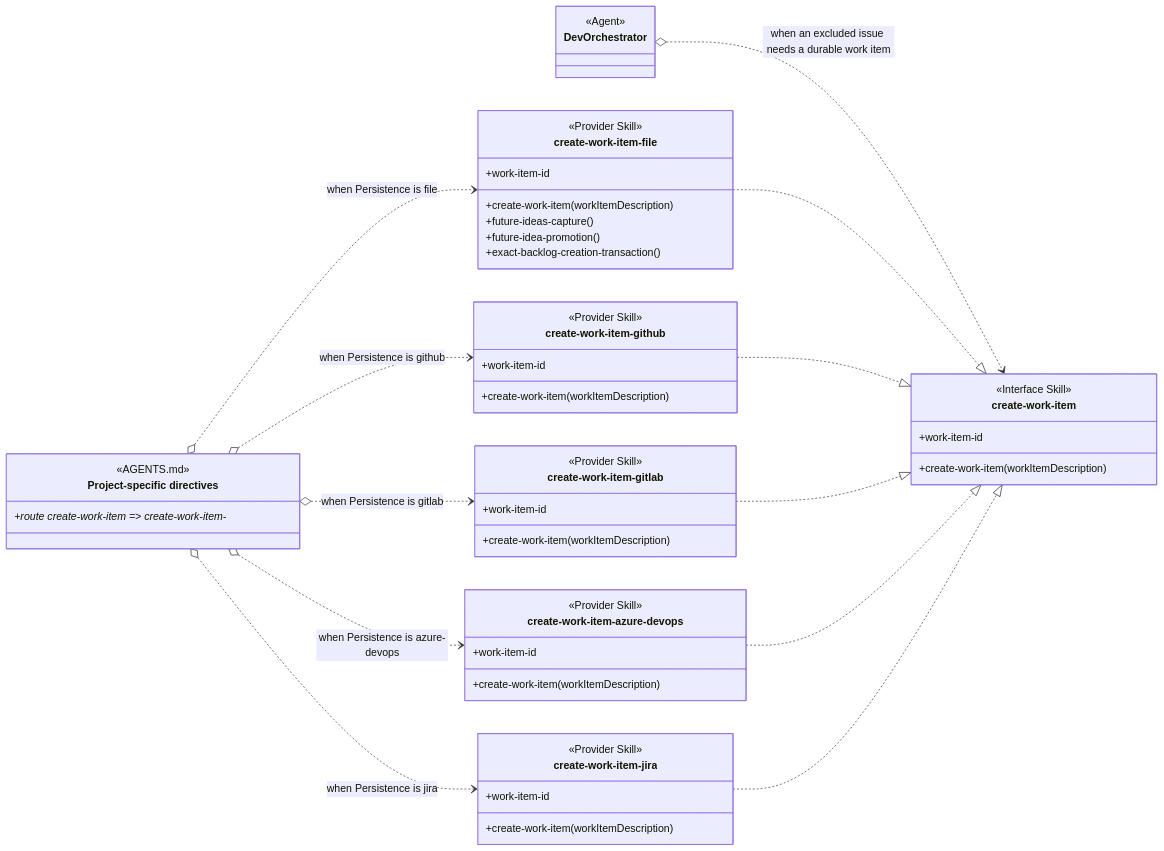
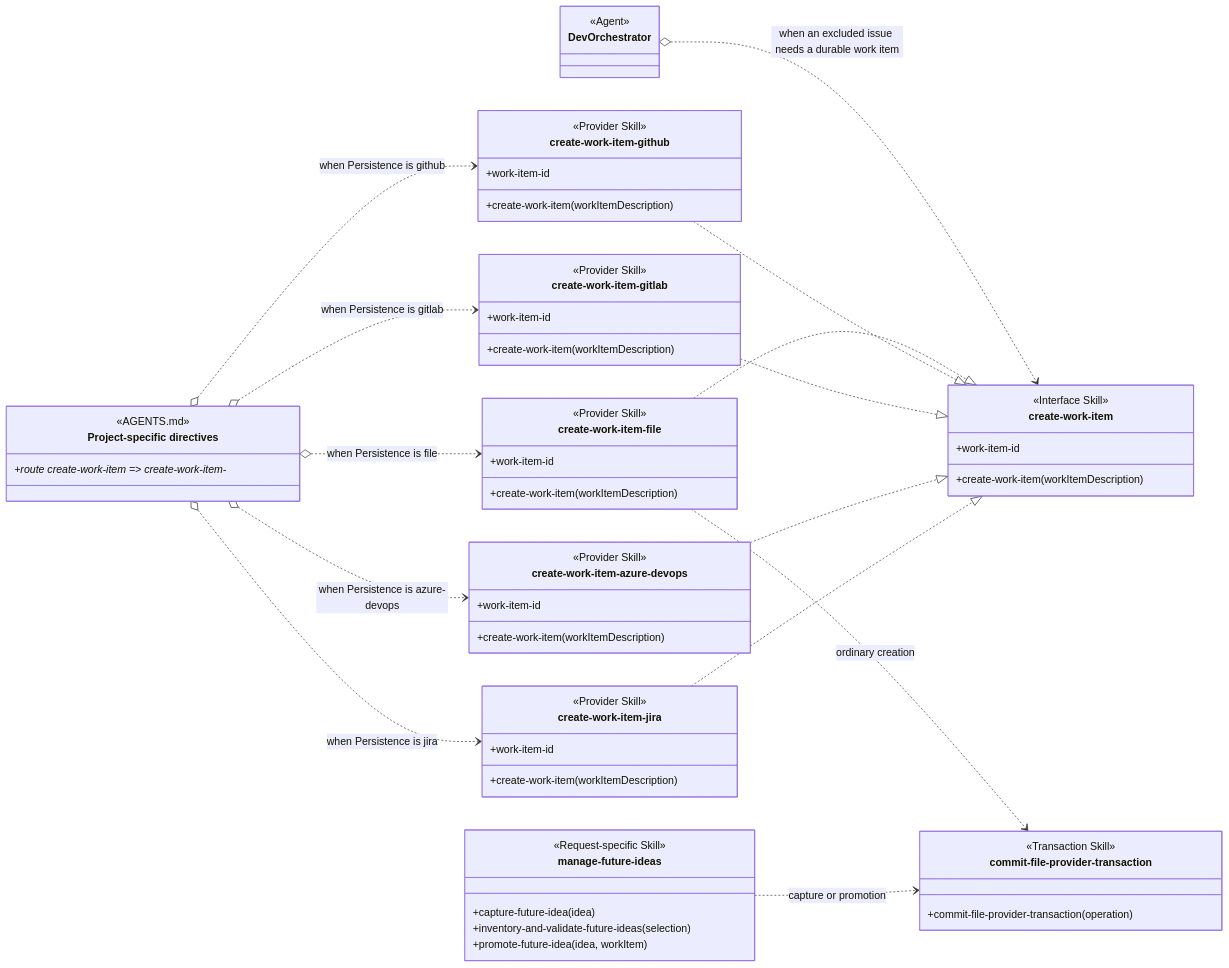
One commit to martinbechard/dev-methodology changed the second of 5 diagrams in design/skill-groups/backlog-management.md. Above: the diagram before and after it, drawn with Mermaid. The commit also changed other lines of this file and 34 other files, not shown here.

First line of the commit message:
Integrate Future Idea management

````diff
--- a/design/skill-groups/backlog-management.md
+++ b/design/skill-groups/backlog-management.md
@@ -61,58 +64,67 @@
 ```mermaid
 classDiagram
     direction LR
 
     class DevOrchestrator {
         <<Agent>>
     }
     class CreateWorkItem["create-work-item"] {
         <<Interface Skill>>
         +work-item-id
         +create-work-item(workItemDescription)
     }
     class ProjectSpecificDirectives["Project-specific directives"] {
         <<AGENTS.md>>
         <<routing>>
         +route create-work-item => create-work-item-*
     }
     class create-work-item-file {
         <<Provider Skill>>
         +work-item-id
         +create-work-item(workItemDescription)
-        +future-ideas-capture()
-        +future-idea-promotion()
-        +exact-backlog-creation-transaction()
+    }
+    class manage-future-ideas {
+        <<Request-specific Skill>>
+        +capture-future-idea(idea)
+        +inventory-and-validate-future-ideas(selection)
+        +promote-future-idea(idea, workItem)
+    }
+    class commit-file-provider-transaction {
+        <<Transaction Skill>>
+        +commit-file-provider-transaction(operation)
     }
     class create-work-item-github {
         <<Provider Skill>>
         +work-item-id
         +create-work-item(workItemDescription)
     }
     class create-work-item-gitlab {
         <<Provider Skill>>
         +work-item-id
         +create-work-item(workItemDescription)
     }
     class create-work-item-azure-devops {
         <<Provider Skill>>
         +work-item-id
         +create-work-item(workItemDescription)
     }
     class create-work-item-jira {
         <<Provider Skill>>
         +work-item-id
         +create-work-item(workItemDescription)
     }
 
     DevOrchestrator o..> CreateWorkItem : when an excluded issue needs a durable work item
     ProjectSpecificDirectives o..> create-work-item-file : when Persistence is file
     ProjectSpecificDirectives o..> create-work-item-github : when Persistence is github
     ProjectSpecificDirectives o..> create-work-item-gitlab : when Persistence is gitlab
     ProjectSpecificDirectives o..> create-work-item-azure-devops : when Persistence is azure-devops
     ProjectSpecificDirectives o..> create-work-item-jira : when Persistence is jira
     create-work-item-file ..|> CreateWorkItem
+    create-work-item-file ..> commit-file-provider-transaction : ordinary creation
+    manage-future-ideas ..> commit-file-provider-transaction : capture or promotion
     create-work-item-github ..|> CreateWorkItem
     create-work-item-gitlab ..|> CreateWorkItem
     create-work-item-azure-devops ..|> CreateWorkItem
     create-work-item-jira ..|> CreateWorkItem
 ```
````
